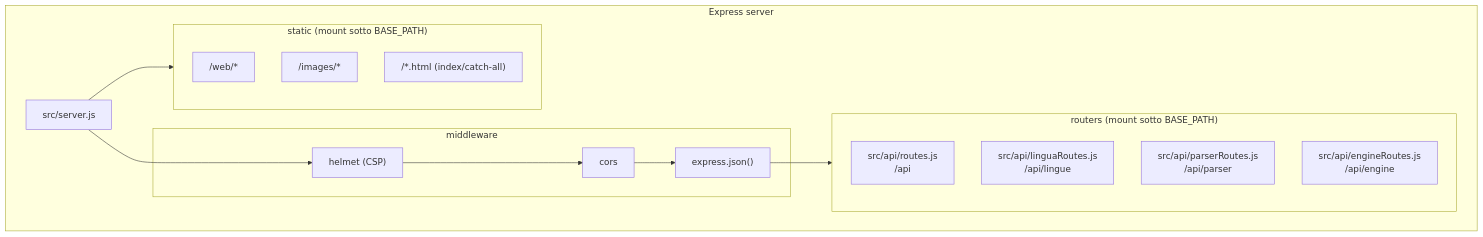
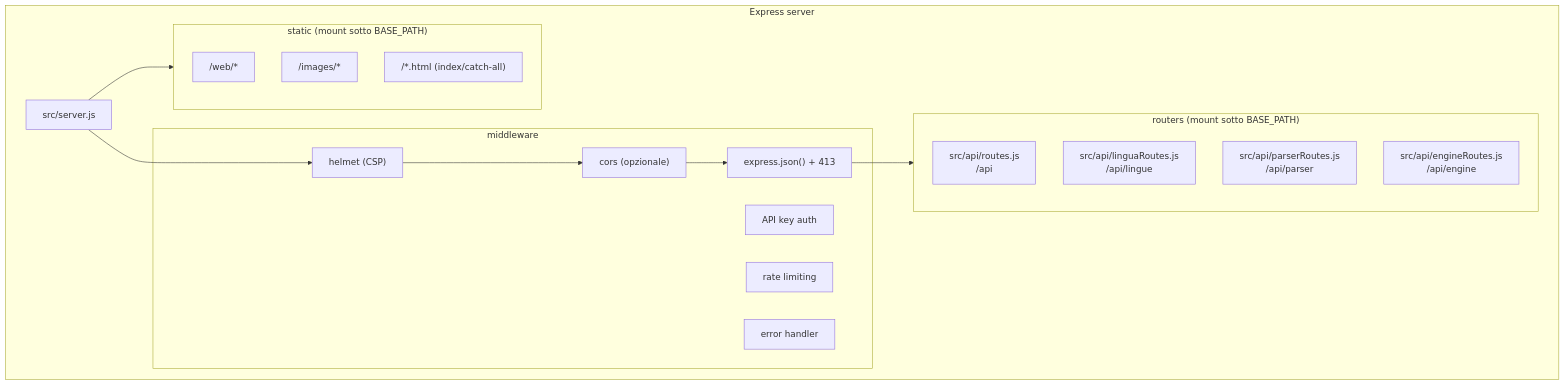
One commit to Aqualung61/MissioneOdessa changed the sixth of 8 diagrams in docs/20260108_architettura_applicativa_01.md. Above: the diagram before and after it, drawn with Mermaid. The commit also changed other lines of this file and 21 other files, not shown here.

````diff
--- a/docs/20260108_architettura_applicativa_01.md
+++ b/docs/20260108_architettura_applicativa_01.md
@@ -368,28 +368,31 @@
 ```mermaid
 graph TB
   subgraph Express["Express server"]
     Entry["src/server.js"]
 
     subgraph Middleware["middleware"]
       Helmet["helmet (CSP)"]
-      Cors["cors"]
-      Json["express.json()"]
+      Cors["cors (opzionale)"]
+      Json["express.json() + 413"]
+      Auth["API key auth"]
+      RateLimit["rate limiting"]
+      Err["error handler"]
     end
 
     subgraph Routers["routers (mount sotto BASE_PATH)"]
       RGen["src/api/routes.js<br/>/api"]
       RLingua["src/api/linguaRoutes.js<br/>/api/lingue"]
       RParser["src/api/parserRoutes.js<br/>/api/parser"]
       REngine["src/api/engineRoutes.js<br/>/api/engine"]
     end
 
     subgraph Static["static (mount sotto BASE_PATH)"]
       Web["/web/*"]
       Img["/images/*"]
       Html["/*.html (index/catch-all)"]
     end
   end
 
   Entry --> Helmet --> Cors --> Json --> Routers
   Entry --> Static
 ```
````
